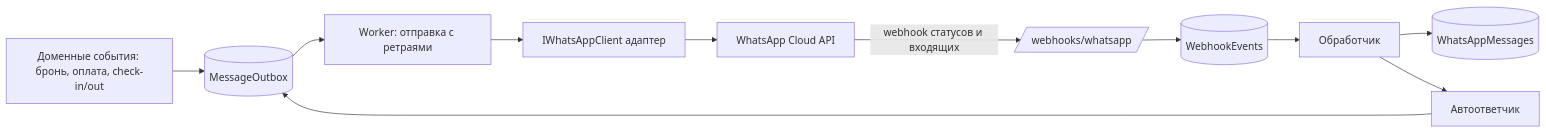
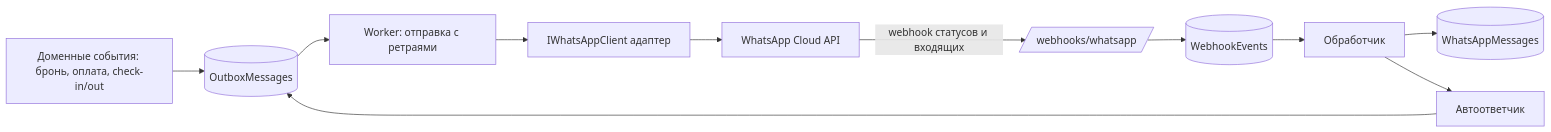
Before and after one commit to AdiletToigonbaev/hms: the diagram in docs/integrations/whatsapp-integration.md, drawn with Mermaid. The commit also changed other lines of this file and 10 other files, not shown here.

````diff
--- a/docs/integrations/whatsapp-integration.md
+++ b/docs/integrations/whatsapp-integration.md
@@ -17,10 +17,10 @@
 ```mermaid
 flowchart LR
-  EVT[Доменные события: бронь, оплата, check-in/out] --> OB[(MessageOutbox)]
+  EVT[Доменные события: бронь, оплата, check-in/out] --> OB[(OutboxMessages)]
   OB --> W[Worker: отправка с ретраями]
   W --> AD[IWhatsAppClient адаптер] --> META[WhatsApp Cloud API]
   META -- webhook статусов и входящих --> WH[/webhooks/whatsapp/]
   WH --> WE[(WebhookEvents)] --> PR[Обработчик] --> MSG[(WhatsAppMessages)]
   PR --> BOT[Автоответчик]
   BOT --> OB
 ```
````
